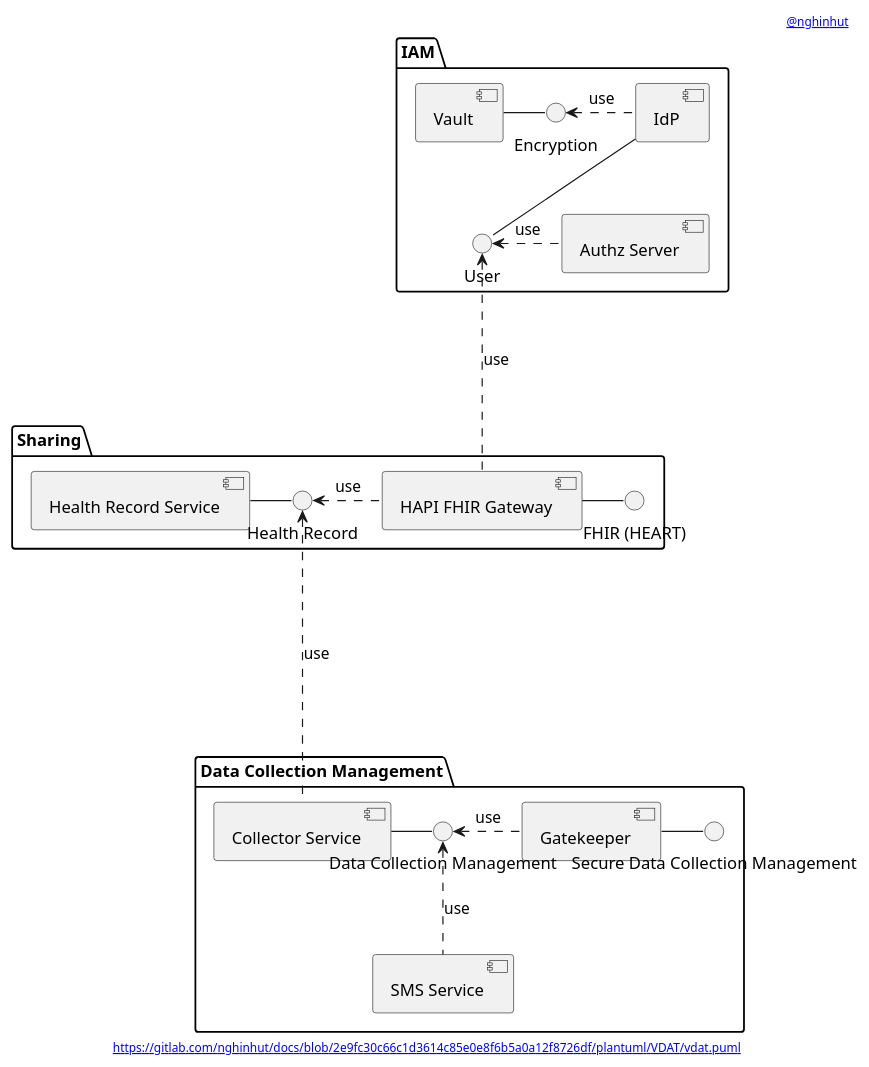
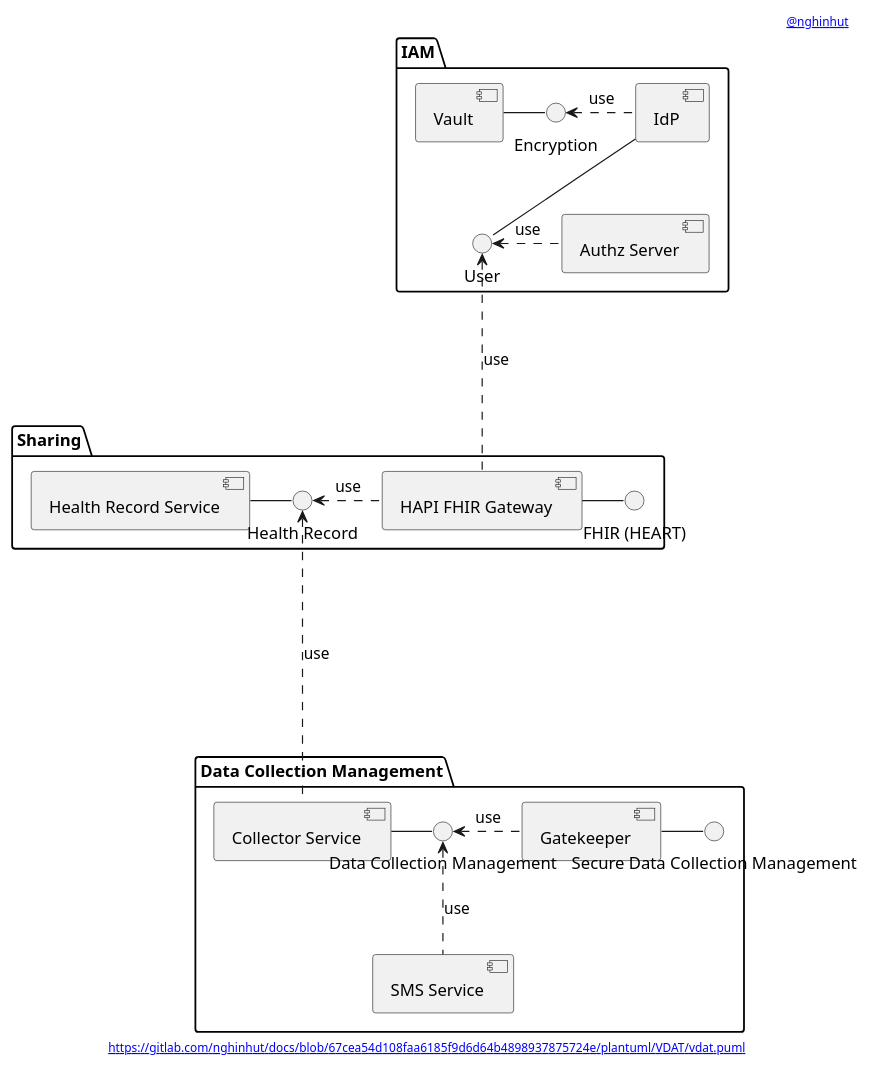
Before and after one commit to nghinhut/docs: the diagram in plantuml/VDAT/vdat.component.puml, drawn with PlantUML. The commit also changed 29 other files, not shown here.

```diff
--- a/plantuml/VDAT/vdat.component.puml
+++ b/plantuml/VDAT/vdat.component.puml
@@ -1,59 +1,59 @@
 @startuml
 '-----START auto generated metadata please keep comment here to allow auto update-----
 '-----DON'T EDIT THIS SECTION, INSTEAD RE-RUN prebuild.sh TO UPDATE-----
-header [[https://www.nghinhut.dev?from=http%5C%3A%5C%2F%5C%2Fwww%5C.plantuml%5C.com%5C%2Fplantuml%5C%2Fproxy%3Ffmt%3Dsvg%5C%26src%3Dhttps%5C%3A%5C%2F%5C%2Fgitlab%5C.com%5C%2Fnghinhut%5C%2Fdocs%5C%2Fraw%5C%2F2e9fc30c66c1d3614c85e0e8f6b5a0a12f8726df%5C%2Fplantuml%5C%2FVDAT%5C%2Fvdat%5C.puml%0A @nghinhut]]
-footer [[http://www.plantuml.com/plantuml/proxy?fmt=svg&src=https://gitlab.com/nghinhut/docs/raw/2e9fc30c66c1d3614c85e0e8f6b5a0a12f8726df/plantuml/VDAT/vdat.puml https://gitlab.com/nghinhut/docs/blob/2e9fc30c66c1d3614c85e0e8f6b5a0a12f8726df/plantuml/VDAT/vdat.puml]]
+header [[https://www.nghinhut.dev?from=http%5C%3A%5C%2F%5C%2Fwww%5C.plantuml%5C.com%5C%2Fplantuml%5C%2Fproxy%3Ffmt%3Dsvg%5C%26src%3Dhttps%5C%3A%5C%2F%5C%2Fgitlab%5C.com%5C%2Fnghinhut%5C%2Fdocs%5C%2Fraw%5C%2F67cea54d108faa6185f9d6d64b4898937875724e%5C%2Fplantuml%5C%2FVDAT%5C%2Fvdat%5C.puml%0A @nghinhut]]
+footer [[http://www.plantuml.com/plantuml/proxy?fmt=svg&src=https://gitlab.com/nghinhut/docs/raw/67cea54d108faa6185f9d6d64b4898937875724e/plantuml/VDAT/vdat.puml https://gitlab.com/nghinhut/docs/blob/67cea54d108faa6185f9d6d64b4898937875724e/plantuml/VDAT/vdat.puml]]
 '-----END auto generated metadata please keep comment here to allow auto update-----
 
 package "IAM" {
     component "Authz Server" as as
     component Vault as vault
     component IdP as idp
 
 '    interface "OAuth2 Authentication" as IOAuth2Authentication
 '    interface "UMA2 Authorization" as IUMA2Authorization
 '    as -- IOAuth2Authentication
 '    as -- IUMA2Authorization
     interface "Encryption" as IEncrypt
     interface "User" as IUser
 }
 
 package "Sharing" {
     component "Health Record Service" as record
     interface "Health Record" as IHealthRecord
     component "HAPI FHIR Gateway" as fhir
     interface "FHIR (HEART)" as IFHIR
 }
 
 package "Data Collection Management" {
     component "Collector Service" as collector
     component "SMS Service" as sms
     component "Gatekeeper" as collector_gatekeeper
     interface "Data Collection Management" as IDataCollectionManagement
     interface "Secure Data Collection Management" as ISecureDataCollectionManagement
 }
 
 
 
 
 
 
 vault - IEncrypt
 IEncrypt <. idp : use
 idp -- IUser
 IUser <. as : use
 IUser <... fhir : use
 
 
 record - IHealthRecord
 IHealthRecord <. fhir : use
 fhir - IFHIR
 IHealthRecord <.... collector : use
 
 
 collector - IDataCollectionManagement
 IDataCollectionManagement <. collector_gatekeeper : use
 collector_gatekeeper - ISecureDataCollectionManagement
 
 IDataCollectionManagement <.. sms : use
 @enduml
```
